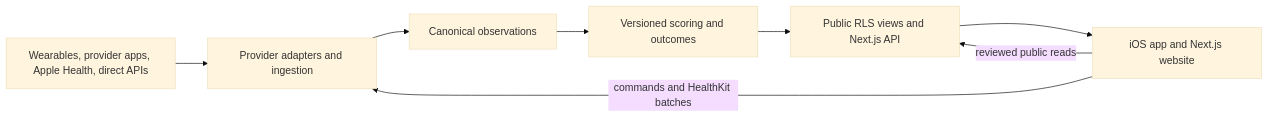
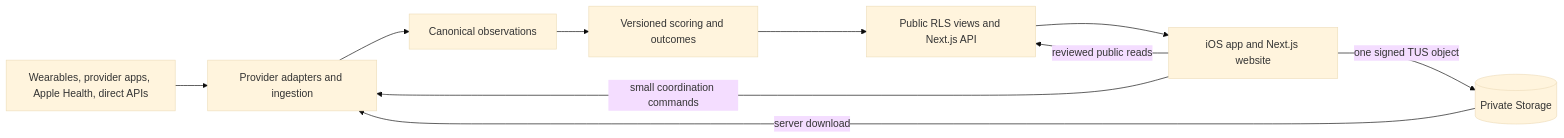
The first of 3 diagrams in docs/system-design.md (slooowshutter/FitFight), drawn with Mermaid (base theme) before and after one commit. The commit also changed other lines of this file and 137 other files, not shown here.

First line of the commit message:
Add resumable HealthKit uploads and approved SwiftUI design system (#48)

````diff
--- a/docs/system-design.md
+++ b/docs/system-design.md
@@ -50,17 +50,19 @@
 ```mermaid
 flowchart LR
     Sources[Wearables, provider apps, Apple Health, direct APIs]
     Ingest[Provider adapters and ingestion]
     Facts[Canonical observations]
     Score[Versioned scoring and outcomes]
     API[Public RLS views and Next.js API]
     Clients[iOS app and Next.js website]
 
     Sources --> Ingest
     Ingest --> Facts
     Facts --> Score
     Score --> API
     API --> Clients
     Clients -->|reviewed public reads| API
-    Clients -->|commands and HealthKit batches| Ingest
+    Clients -->|small coordination commands| Ingest
+    Clients -->|one signed TUS object| Storage[(Private Storage)]
+    Storage -->|server download| Ingest
 ```
````
